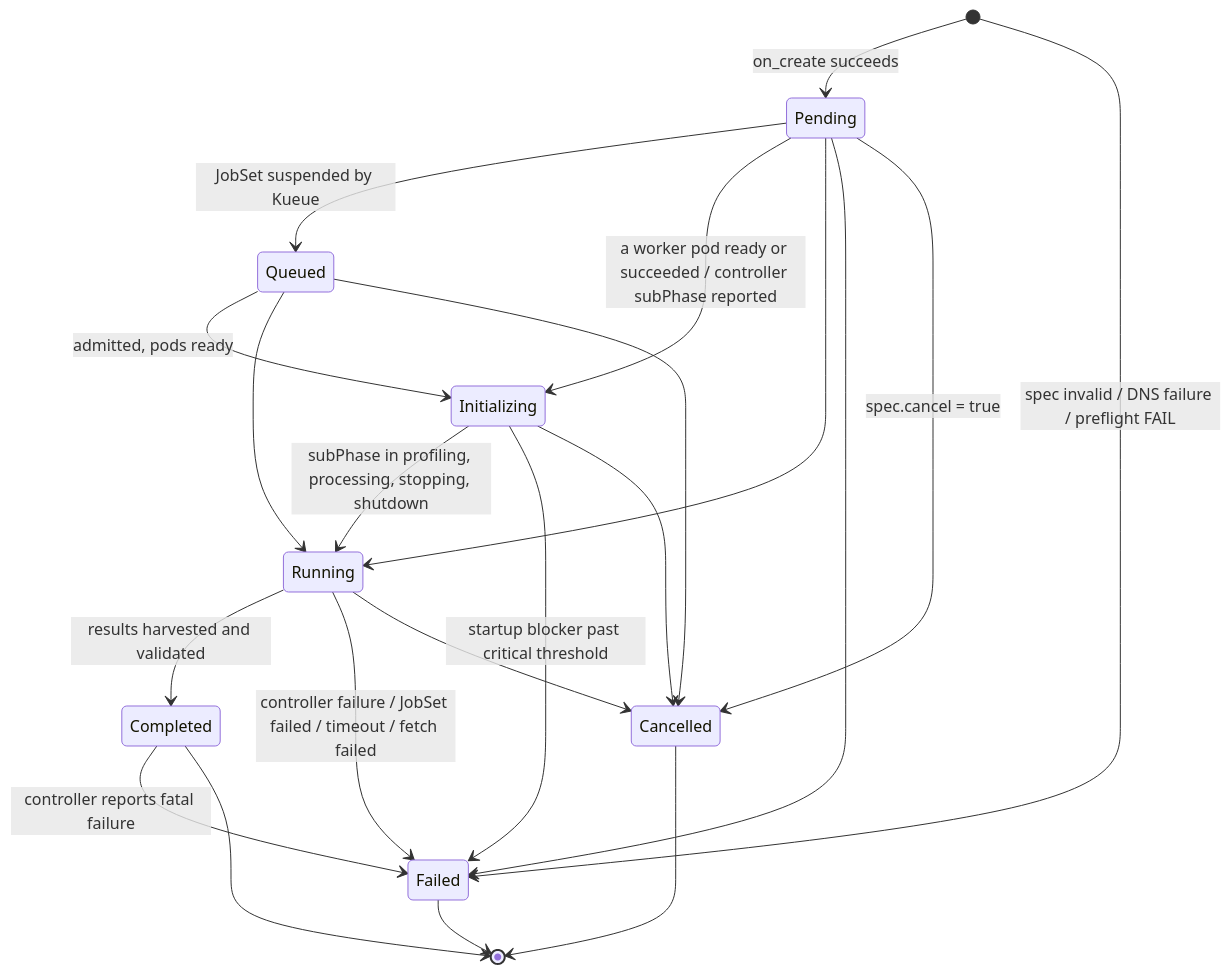
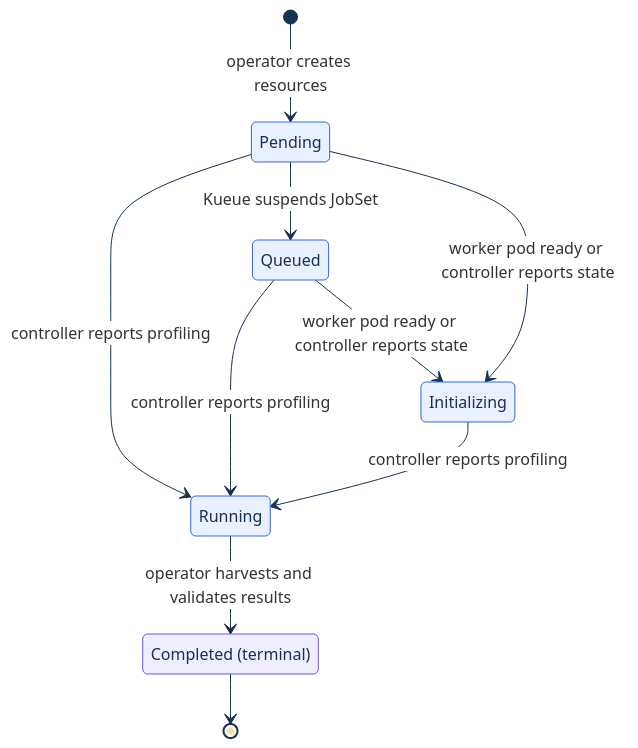
One commit to ai-dynamo/aiperf changed the third of 8 diagrams in docs/kubernetes/operator.md. Above: the diagram before and after it, drawn with Mermaid. The commit also changed other lines of this file, not shown here.

First line of the commit message:
docs(kubernetes): restyle operator diagrams with house diagram rules

````diff
--- a/docs/kubernetes/operator.md
+++ b/docs/kubernetes/operator.md
@@ -152,23 +199,30 @@
 ```mermaid
+---
+config:
+  theme: base
+  look: classic
+  themeVariables:
+    lineColor: '#183153'
+    nodeTextColor: '#183153'
+    edgeLabelBackground: '#FFFFFF'
+    clusterBkg: '#FFFFFF'
+    titleColor: '#183153'
+---
 stateDiagram-v2
-    [*] --> Pending: on_create succeeds
-    [*] --> Failed: spec invalid / DNS failure / preflight FAIL
-    Pending --> Queued: JobSet suspended by Kueue
-    Queued --> Initializing: admitted, pods ready
-    Pending --> Initializing: a worker pod ready or succeeded / controller subPhase reported
-    Initializing --> Running: subPhase in profiling, processing, stopping, shutdown
-    Pending --> Running
-    Queued --> Running
-    Running --> Completed: results harvested and validated
-    Running --> Failed: controller failure / JobSet failed / timeout / fetch failed
-    Initializing --> Failed: startup blocker past critical threshold
-    Pending --> Failed
-    Pending --> Cancelled: spec.cancel = true
-    Queued --> Cancelled
-    Initializing --> Cancelled
-    Running --> Cancelled
-    Completed --> Failed: controller reports fatal failure
-    Completed --> [*]
-    Failed --> [*]
-    Cancelled --> [*]
+  accTitle: State diagram for AIPerfJob forward progress
+  accDescr: A job only moves forward, from Pending through the optional Queued and Initializing phases to Running and Completed.
+  classDef stage fill:#E9F0FF,stroke:#3468D4,color:#183153
+  classDef out fill:#F0EDFF,stroke:#7254D6,color:#183153
+  state "Completed (terminal)" as Completed
+  [*] --> Pending: operator creates resources
+  Pending --> Queued: Kueue suspends JobSet
+  Queued --> Initializing: worker pod ready or controller reports state
+  Pending --> Initializing: worker pod ready or controller reports state
+  Pending --> Running: controller reports profiling
+  Queued --> Running: controller reports profiling
+  Initializing --> Running: controller reports profiling
+  Running --> Completed: operator harvests and validates results
+  Completed --> [*]
+  class Pending, Queued, Initializing, Running stage
+  class Completed out
 ```
````
